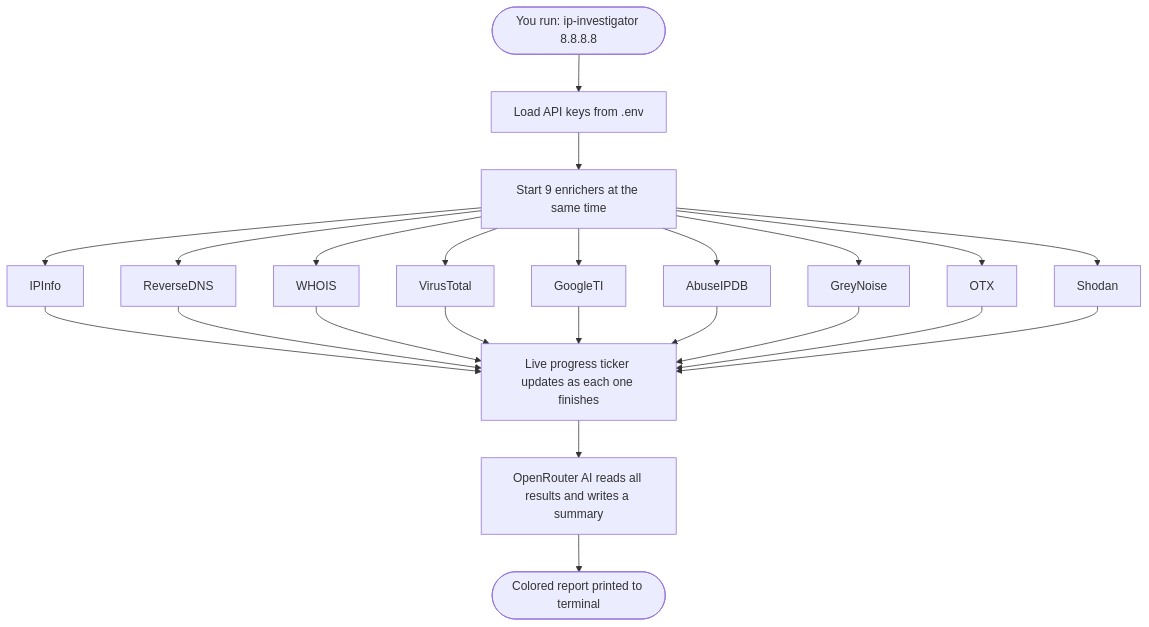
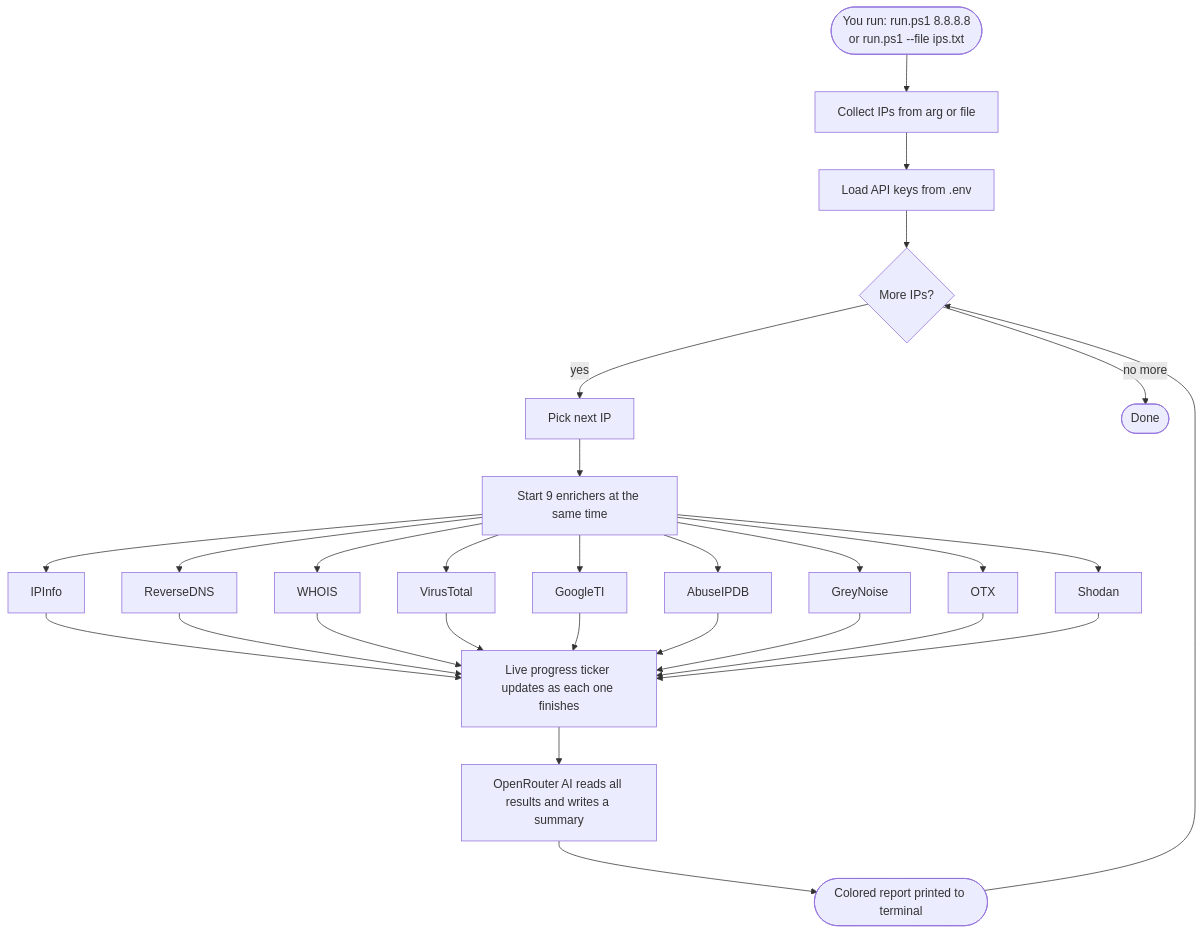
Before and after one commit to aivxx02/ip-investigator: the diagram in README.md, drawn with Mermaid.

Commit message:
docs: update README flowchart to reflect batch IP loop

````diff
--- a/README.md
+++ b/README.md
@@ -21,19 +21,24 @@
 ```mermaid
 flowchart TD
-    A([You run: ip-investigator 8.8.8.8]) --> B[Load API keys from .env]
-    B --> C[Start 9 enrichers at the same time]
+    A([You run: run.ps1 8.8.8.8\nor run.ps1 --file ips.txt]) --> B[Collect IPs from arg or file]
+    B --> C[Load API keys from .env]
+    C --> D{More IPs?}
+    D -->|yes| E[Pick next IP]
+    E --> F[Start 9 enrichers at the same time]
 
-    C --> D1[IPInfo]
-    C --> D2[ReverseDNS]
-    C --> D3[WHOIS]
-    C --> D4[VirusTotal]
-    C --> D5[GoogleTI]
-    C --> D6[AbuseIPDB]
-    C --> D7[GreyNoise]
-    C --> D8[OTX]
-    C --> D9[Shodan]
+    F --> G1[IPInfo]
+    F --> G2[ReverseDNS]
+    F --> G3[WHOIS]
+    F --> G4[VirusTotal]
+    F --> G5[GoogleTI]
+    F --> G6[AbuseIPDB]
+    F --> G7[GreyNoise]
+    F --> G8[OTX]
+    F --> G9[Shodan]
 
-    D1 & D2 & D3 & D4 & D5 & D6 & D7 & D8 & D9 --> E[Live progress ticker updates as each one finishes]
-    E --> F[OpenRouter AI reads all results and writes a summary]
-    F --> G([Colored report printed to terminal])
+    G1 & G2 & G3 & G4 & G5 & G6 & G7 & G8 & G9 --> H[Live progress ticker updates as each one finishes]
+    H --> I[OpenRouter AI reads all results and writes a summary]
+    I --> J([Colored report printed to terminal])
+    J --> D
+    D -->|no more| K([Done])
 ```
````
